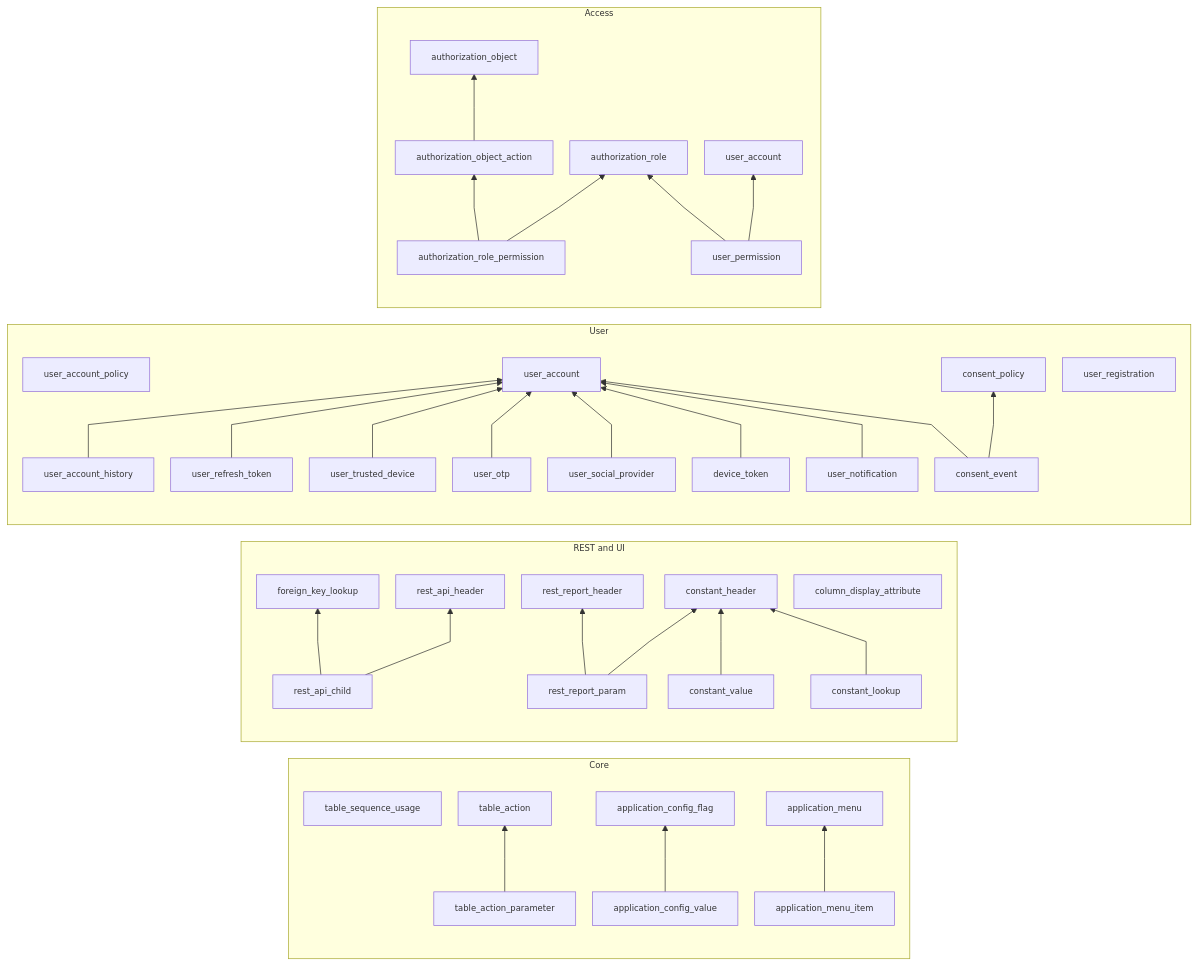
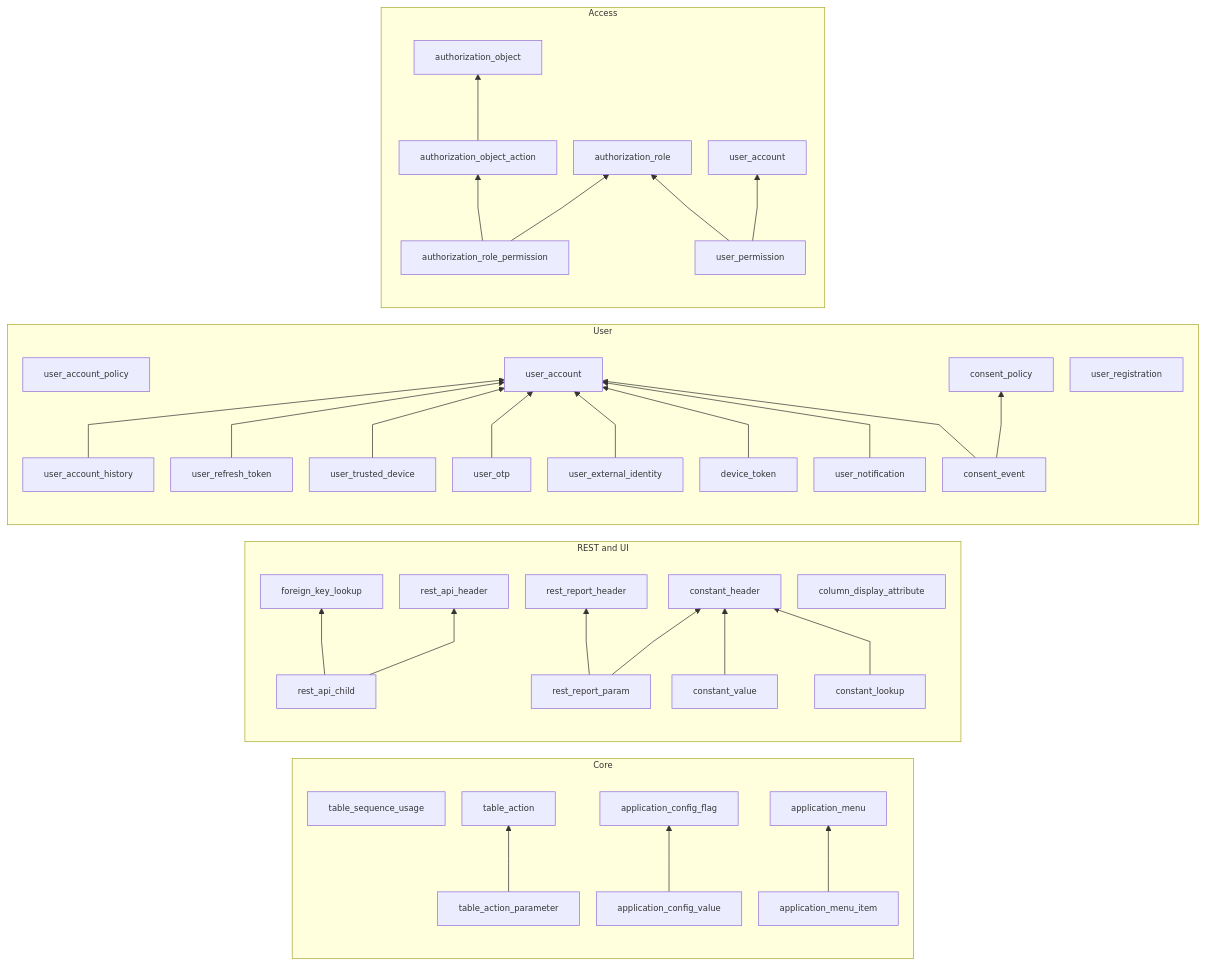
Before and after one commit to nauticana/keel: the first of 20 diagrams in DB.md, drawn with Mermaid. The commit also changed other lines of this file and 18 other files, not shown here.

````diff
--- a/DB.md
+++ b/DB.md
@@ -23,78 +23,78 @@
 ```mermaid
 %%{init: {"flowchart": {"curve": "linear", "nodeSpacing": 24, "rankSpacing": 70, "diagramPadding": 12}, "themeVariables": {"fontSize": "12px"}}}%%
 flowchart RL
     subgraph core["Core"]
         direction BT
         table_sequence_usage["table_sequence_usage"]
         table_action["table_action"]
         table_action_parameter["table_action_parameter"]
         application_config_flag["application_config_flag"]
         application_config_value["application_config_value"]
         application_menu["application_menu"]
         application_menu_item["application_menu_item"]
     end
     table_action_parameter --> table_action
     application_config_value --> application_config_flag
     application_menu_item --> application_menu
 
     subgraph rest["REST and UI"]
         direction BT
         constant_header["constant_header"]
         constant_value["constant_value"]
         constant_lookup["constant_lookup"]
         foreign_key_lookup["foreign_key_lookup"]
         rest_api_header["rest_api_header"]
         rest_api_child["rest_api_child"]
         rest_report_header["rest_report_header"]
         rest_report_param["rest_report_param"]
         column_display_attribute["column_display_attribute"]
     end
     rest_api_child --> foreign_key_lookup
     rest_api_child --> rest_api_header
     rest_report_param --> rest_report_header
     rest_report_param --> constant_header
     constant_value --> constant_header
     constant_lookup --> constant_header
 
     subgraph user["User"]
         direction BT
         user_account_policy
         user_account
         user_account_history
         user_registration
         user_refresh_token
         user_trusted_device
         user_otp
-        user_social_provider
+        user_external_identity
         device_token
         user_notification
         consent_policy
         consent_event
     end
 
     user_account_history --> user_account
     user_refresh_token --> user_account
     user_trusted_device --> user_account
     user_otp --> user_account
-    user_social_provider --> user_account
+    user_external_identity --> user_account
     device_token --> user_account
     user_notification --> user_account
     consent_event --> consent_policy
     consent_event --> user_account
 
     subgraph access["Access"]
         direction BT
         authorization_object
         authorization_object_action
         authorization_role
         authorization_role_permission
         user_permission
         user_account2["user_account"]
     end
 
     authorization_object_action --> authorization_object
     authorization_role_permission --> authorization_role
     authorization_role_permission --> authorization_object_action
     user_permission --> user_account2
     user_permission --> authorization_role
 ```
````
